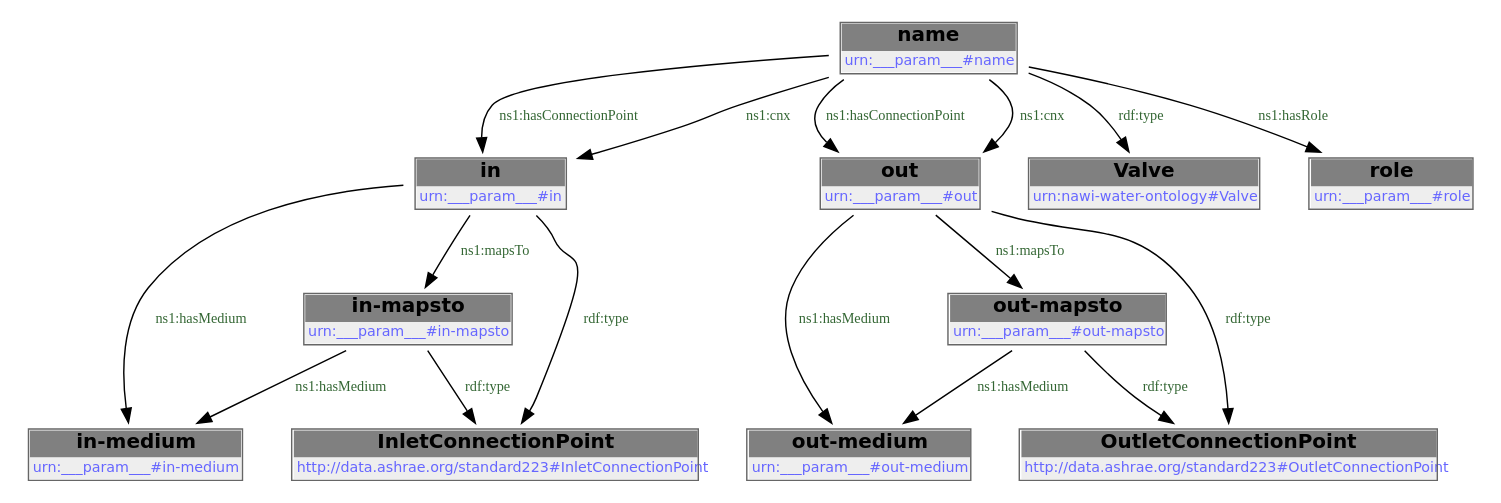
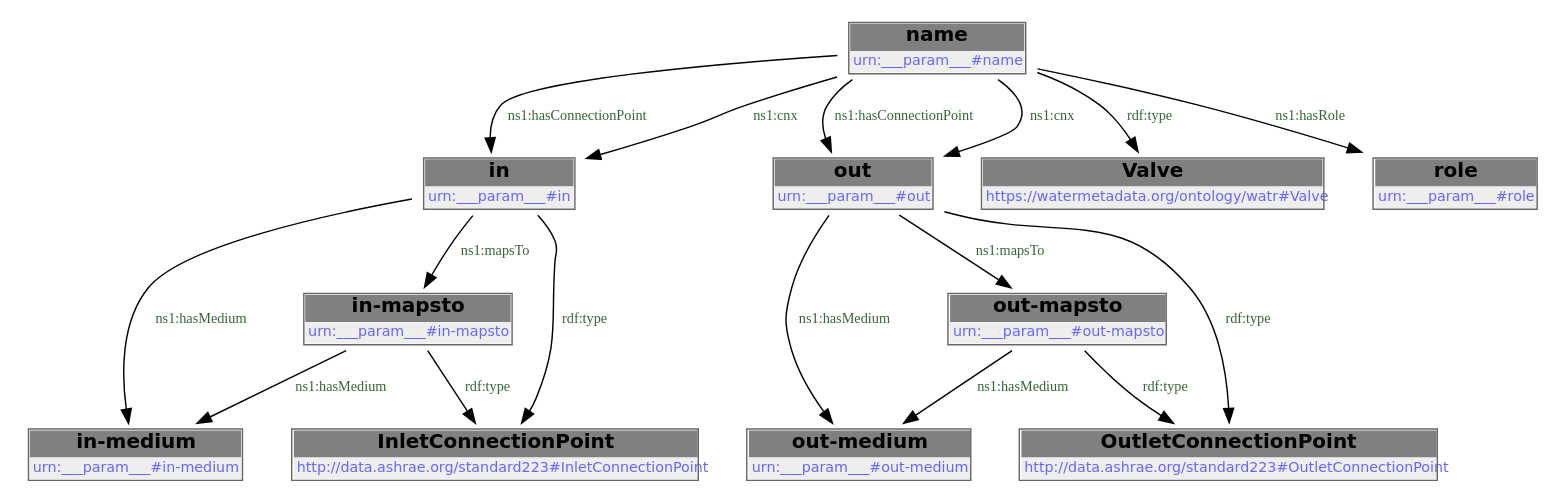
The second of 2 diagrams in docs/libraries/templates/valve.rst (DataDrivenCPS/water-ontology), drawn with Graphviz before and after one commit. The commit also changed other lines of this file and 43 other files, not shown here.

First line of the commit message:
feat: move ontology to https://watermetadata.org base URI

```diff
--- a/docs/libraries/templates/valve.rst
+++ b/docs/libraries/templates/valve.rst
@@ -102,32 +102,32 @@
         .. graphviz::
 
                 digraph G {
             node [fontname="DejaVu Sans"];
             node0 -> node1 [color=BLACK, label=< <font point-size='10' color='#336633'>ns1:hasConnectionPoint</font> >];
             node1 -> node2 [color=BLACK, label=< <font point-size='10' color='#336633'>ns1:hasMedium</font> >];
             node0 -> node3 [color=BLACK, label=< <font point-size='10' color='#336633'>ns1:hasConnectionPoint</font> >];
             node4 -> node2 [color=BLACK, label=< <font point-size='10' color='#336633'>ns1:hasMedium</font> >];
             node3 -> node5 [color=BLACK, label=< <font point-size='10' color='#336633'>ns1:hasMedium</font> >];
             node0 -> node1 [color=BLACK, label=< <font point-size='10' color='#336633'>ns1:cnx</font> >];
             node1 -> node6 [color=BLACK, label=< <font point-size='10' color='#336633'>rdf:type</font> >];
             node0 -> node3 [color=BLACK, label=< <font point-size='10' color='#336633'>ns1:cnx</font> >];
             node7 -> node8 [color=BLACK, label=< <font point-size='10' color='#336633'>rdf:type</font> >];
             node0 -> node9 [color=BLACK, label=< <font point-size='10' color='#336633'>rdf:type</font> >];
             node4 -> node6 [color=BLACK, label=< <font point-size='10' color='#336633'>rdf:type</font> >];
             node3 -> node7 [color=BLACK, label=< <font point-size='10' color='#336633'>ns1:mapsTo</font> >];
             node3 -> node8 [color=BLACK, label=< <font point-size='10' color='#336633'>rdf:type</font> >];
             node7 -> node5 [color=BLACK, label=< <font point-size='10' color='#336633'>ns1:hasMedium</font> >];
             node0 -> node10 [color=BLACK, label=< <font point-size='10' color='#336633'>ns1:hasRole</font> >];
             node1 -> node4 [color=BLACK, label=< <font point-size='10' color='#336633'>ns1:mapsTo</font> >];
             node0 [shape=none, color=black, label=< <table color='#666666' cellborder='0' cellspacing='0' border='1'><tr><td colspan='2' bgcolor='grey'><B>name</B></td></tr><tr><td href='urn:___param___#name' bgcolor='#eeeeee' colspan='2'><font point-size='10' color='#6666ff'>urn:___param___#name</font></td></tr></table> >];
             node1 [shape=none, color=black, label=< <table color='#666666' cellborder='0' cellspacing='0' border='1'><tr><td colspan='2' bgcolor='grey'><B>in</B></td></tr><tr><td href='urn:___param___#in' bgcolor='#eeeeee' colspan='2'><font point-size='10' color='#6666ff'>urn:___param___#in</font></td></tr></table> >];
             node2 [shape=none, color=black, label=< <table color='#666666' cellborder='0' cellspacing='0' border='1'><tr><td colspan='2' bgcolor='grey'><B>in-medium</B></td></tr><tr><td href='urn:___param___#in-medium' bgcolor='#eeeeee' colspan='2'><font point-size='10' color='#6666ff'>urn:___param___#in-medium</font></td></tr></table> >];
             node3 [shape=none, color=black, label=< <table color='#666666' cellborder='0' cellspacing='0' border='1'><tr><td colspan='2' bgcolor='grey'><B>out</B></td></tr><tr><td href='urn:___param___#out' bgcolor='#eeeeee' colspan='2'><font point-size='10' color='#6666ff'>urn:___param___#out</font></td></tr></table> >];
             node4 [shape=none, color=black, label=< <table color='#666666' cellborder='0' cellspacing='0' border='1'><tr><td colspan='2' bgcolor='grey'><B>in-mapsto</B></td></tr><tr><td href='urn:___param___#in-mapsto' bgcolor='#eeeeee' colspan='2'><font point-size='10' color='#6666ff'>urn:___param___#in-mapsto</font></td></tr></table> >];
             node5 [shape=none, color=black, label=< <table color='#666666' cellborder='0' cellspacing='0' border='1'><tr><td colspan='2' bgcolor='grey'><B>out-medium</B></td></tr><tr><td href='urn:___param___#out-medium' bgcolor='#eeeeee' colspan='2'><font point-size='10' color='#6666ff'>urn:___param___#out-medium</font></td></tr></table> >];
             node6 [shape=none, color=black, label=< <table color='#666666' cellborder='0' cellspacing='0' border='1'><tr><td colspan='2' bgcolor='grey'><B>InletConnectionPoint</B></td></tr><tr><td href='http://data.ashrae.org/standard223#InletConnectionPoint' bgcolor='#eeeeee' colspan='2'><font point-size='10' color='#6666ff'>http://data.ashrae.org/standard223#InletConnectionPoint</font></td></tr></table> >];
             node7 [shape=none, color=black, label=< <table color='#666666' cellborder='0' cellspacing='0' border='1'><tr><td colspan='2' bgcolor='grey'><B>out-mapsto</B></td></tr><tr><td href='urn:___param___#out-mapsto' bgcolor='#eeeeee' colspan='2'><font point-size='10' color='#6666ff'>urn:___param___#out-mapsto</font></td></tr></table> >];
             node8 [shape=none, color=black, label=< <table color='#666666' cellborder='0' cellspacing='0' border='1'><tr><td colspan='2' bgcolor='grey'><B>OutletConnectionPoint</B></td></tr><tr><td href='http://data.ashrae.org/standard223#OutletConnectionPoint' bgcolor='#eeeeee' colspan='2'><font point-size='10' color='#6666ff'>http://data.ashrae.org/standard223#OutletConnectionPoint</font></td></tr></table> >];
-            node9 [shape=none, color=black, label=< <table color='#666666' cellborder='0' cellspacing='0' border='1'><tr><td colspan='2' bgcolor='grey'><B>Valve</B></td></tr><tr><td href='urn:nawi-water-ontology#Valve' bgcolor='#eeeeee' colspan='2'><font point-size='10' color='#6666ff'>urn:nawi-water-ontology#Valve</font></td></tr></table> >];
+            node9 [shape=none, color=black, label=< <table color='#666666' cellborder='0' cellspacing='0' border='1'><tr><td colspan='2' bgcolor='grey'><B>Valve</B></td></tr><tr><td href='https://watermetadata.org/ontology/watr#Valve' bgcolor='#eeeeee' colspan='2'><font point-size='10' color='#6666ff'>https://watermetadata.org/ontology/watr#Valve</font></td></tr></table> >];
             node10 [shape=none, color=black, label=< <table color='#666666' cellborder='0' cellspacing='0' border='1'><tr><td colspan='2' bgcolor='grey'><B>role</B></td></tr><tr><td href='urn:___param___#role' bgcolor='#eeeeee' colspan='2'><font point-size='10' color='#6666ff'>urn:___param___#role</font></td></tr></table> >];
             }
```
